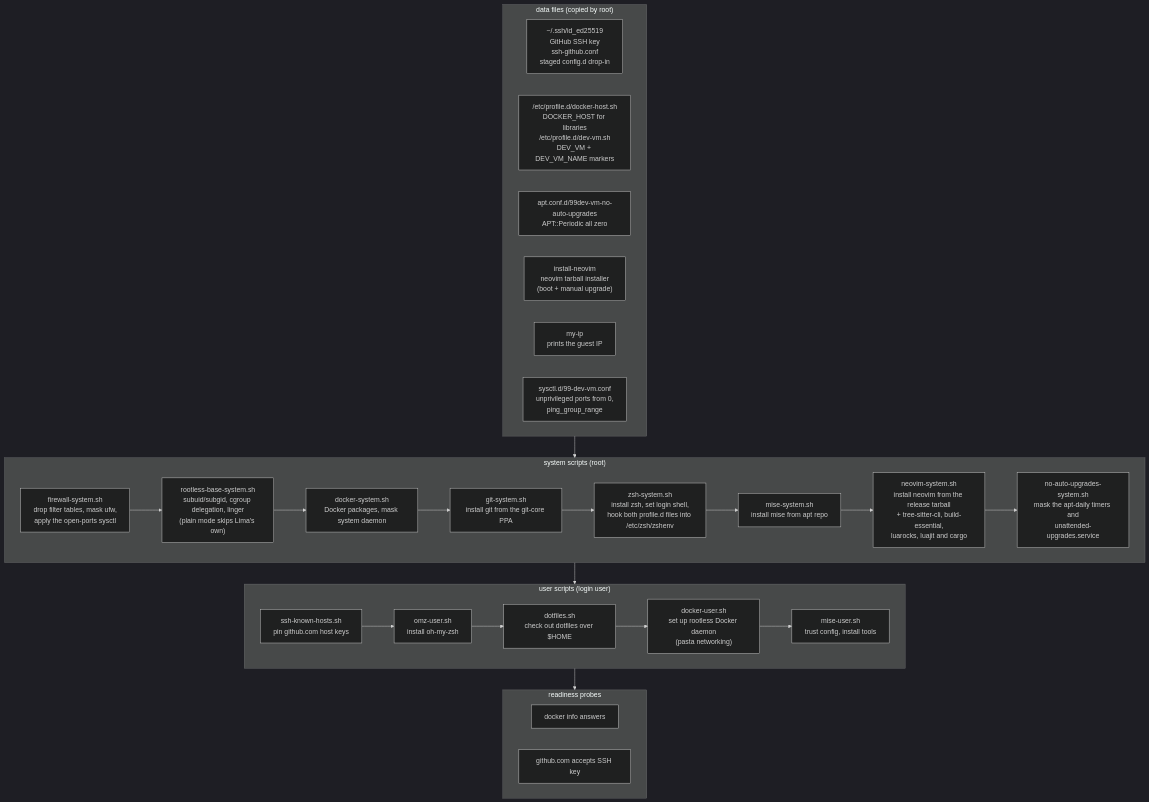
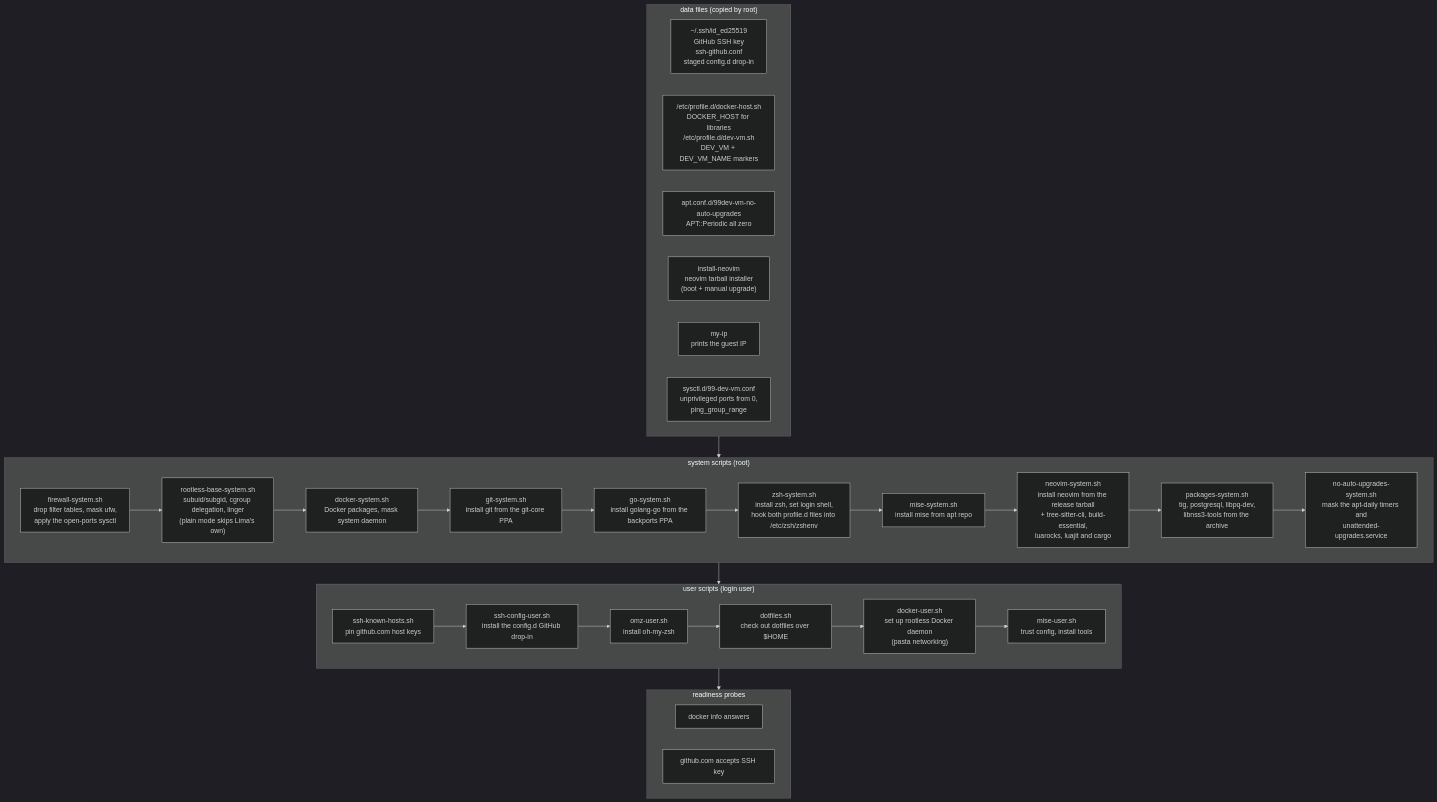
The diagram in README.md (robsonpeixoto/dev-vm), drawn with Mermaid (dark theme) before and after one commit. The commit also changed other lines of this file and 2 other files, not shown here.

First line of the commit message:
feat: install tig, postgresql, libpq-dev and libnss3-tools

````diff
--- a/README.md
+++ b/README.md
@@ -555,41 +560,44 @@
 ```mermaid
 flowchart TD
     subgraph data["data files (copied by root)"]
         d1["~/.ssh/id_ed25519<br>GitHub SSH key<br>ssh-github.conf<br>staged config.d drop-in"]
         d2["/etc/profile.d/docker-host.sh<br>DOCKER_HOST for libraries<br>/etc/profile.d/dev-vm.sh<br>DEV_VM + DEV_VM_NAME markers"]
         d3["apt.conf.d/99dev-vm-no-auto-upgrades<br>APT::Periodic all zero"]
         d4["install-neovim<br>neovim tarball installer<br>(boot + manual upgrade)"]
         d5["my-ip<br>prints the guest IP"]
         d6["sysctl.d/99-dev-vm.conf<br>unprivileged ports from 0,<br>ping_group_range"]
     end
 
     subgraph system["system scripts (root)"]
         s0["firewall-system.sh<br>drop filter tables, mask ufw,<br>apply the open-ports sysctl"]
         s0b["rootless-base-system.sh<br>subuid/subgid, cgroup delegation, linger<br>(plain mode skips Lima's own)"]
         s1["docker-system.sh<br>Docker packages, mask system daemon"]
         s1b["git-system.sh<br>install git from the git-core PPA"]
+        s1c["go-system.sh<br>install golang-go from the backports PPA"]
         s2["zsh-system.sh<br>install zsh, set login shell,<br>hook both profile.d files into /etc/zsh/zshenv"]
         s3["mise-system.sh<br>install mise from apt repo"]
         s4["neovim-system.sh<br>install neovim from the release tarball<br>+ tree-sitter-cli, build-essential,<br>luarocks, luajit and cargo"]
+        s4b["packages-system.sh<br>tig, postgresql, libpq-dev,<br>libnss3-tools from the archive"]
         s5["no-auto-upgrades-system.sh<br>mask the apt-daily timers and<br>unattended-upgrades.service"]
     end
 
     subgraph user["user scripts (login user)"]
         u1["ssh-known-hosts.sh<br>pin github.com host keys"]
+        u1b["ssh-config-user.sh<br>install the config.d GitHub drop-in"]
         u2["omz-user.sh<br>install oh-my-zsh"]
         u3["dotfiles.sh<br>check out dotfiles over $HOME"]
         u4["docker-user.sh<br>set up rootless Docker daemon<br>(pasta networking)"]
         u5["mise-user.sh<br>trust config, install tools"]
     end
 
     subgraph probes["readiness probes"]
         p1["docker info answers"]
         p2["github.com accepts SSH key"]
     end
 
     data --> system
-    s0 --> s0b --> s1 --> s1b --> s2 --> s3 --> s4 --> s5
+    s0 --> s0b --> s1 --> s1b --> s1c --> s2 --> s3 --> s4 --> s4b --> s5
     system --> user
-    u1 --> u2 --> u3 --> u4 --> u5
+    u1 --> u1b --> u2 --> u3 --> u4 --> u5
     user --> probes
 ```
````
